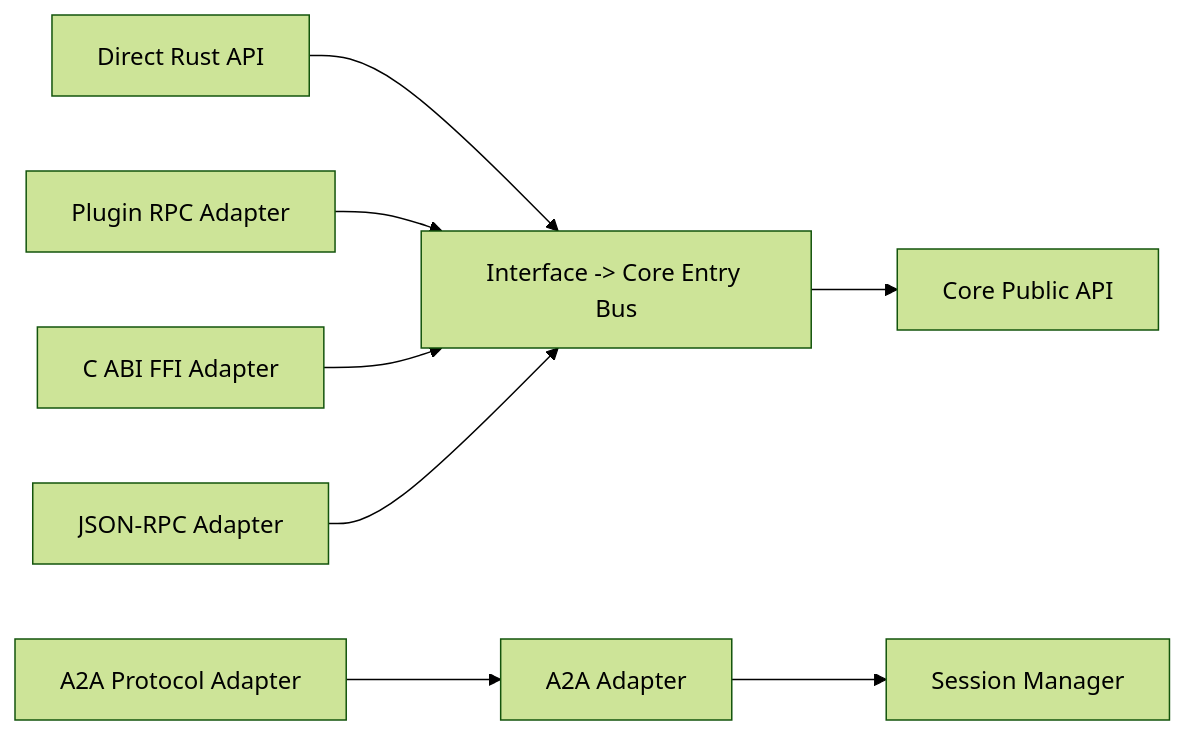
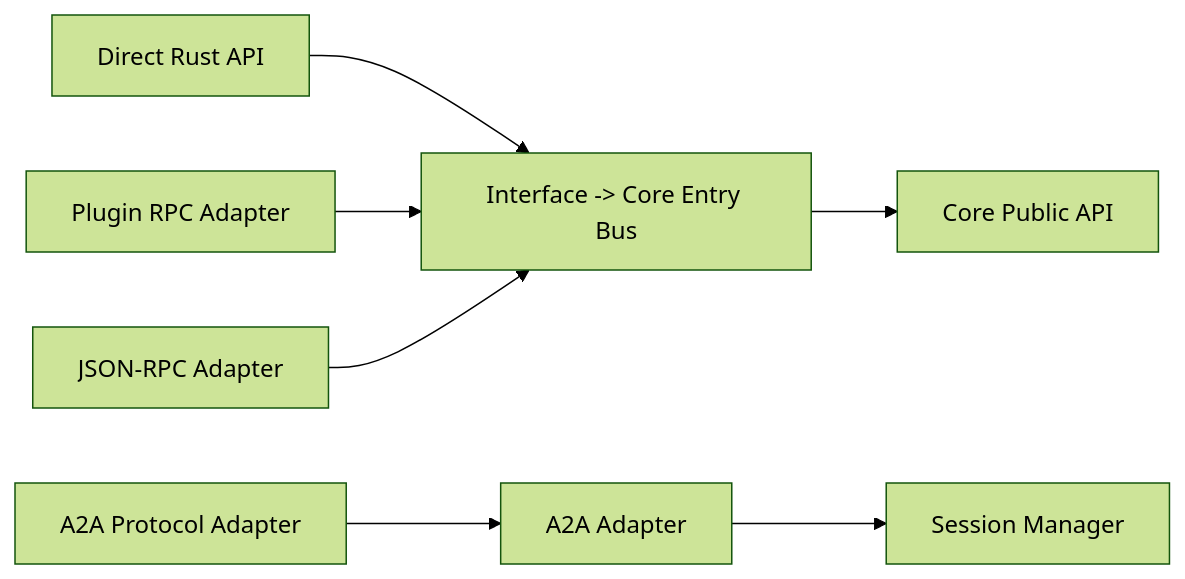
The second of 9 diagrams in .alius/memory/design/09-architecture-v10-implementation-reference.md (AliusTech/alius), drawn with Mermaid (forest theme) before and after one commit. The commit also changed other lines of this file and 44 other files, not shown here.

````diff
--- a/.alius/memory/design/09-architecture-v10-implementation-reference.md
+++ b/.alius/memory/design/09-architecture-v10-implementation-reference.md
@@ -107,11 +101,10 @@
 ```mermaid
 flowchart LR
   RUST["Direct Rust API"] --> BUS["Interface -> Core Entry Bus"]
   PLUGIN_RPC["Plugin RPC Adapter"] --> BUS
-  FFI["C ABI FFI Adapter"] --> BUS
   JSONRPC["JSON-RPC Adapter"] --> BUS
   BUS --> API["Core Public API"]
 
   A2A_PROTO["A2A Protocol Adapter"] --> A2A["A2A Adapter"]
   A2A --> SESSION["Session Manager"]
 ```
````
